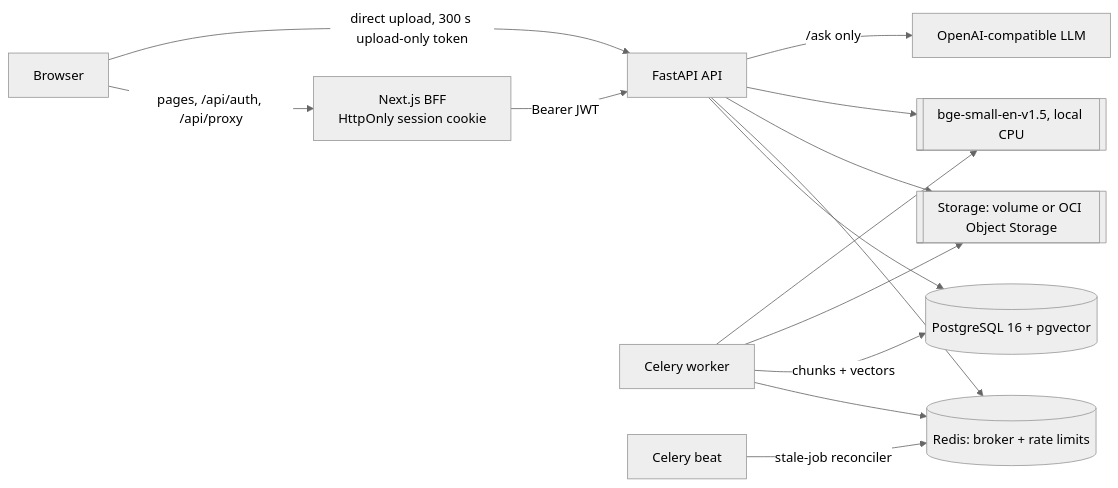
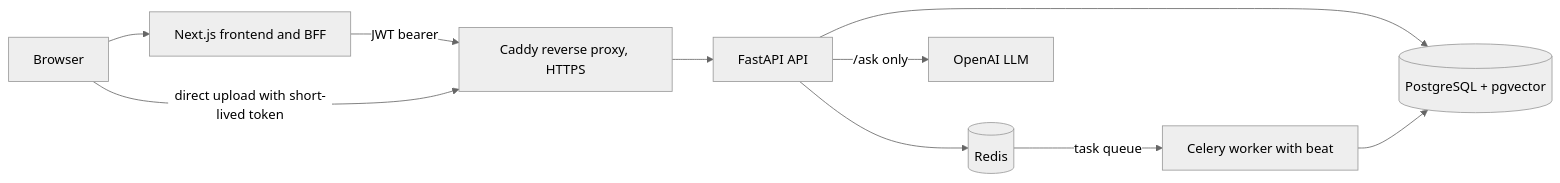
The diagram in README.md (shahil5z/document-intelligence-analysis), drawn with Mermaid (neutral theme) before and after one commit. The commit also changed other lines of this file and 2 other files, not shown here.

````diff
--- a/README.md
+++ b/README.md
@@ -82,16 +47,12 @@
 ```mermaid
 flowchart LR
-    user[Browser] -->|pages, /api/auth, /api/proxy| next[Next.js BFF<br/>HttpOnly session cookie]
-    next -->|Bearer JWT| api[FastAPI API]
-    user -->|direct upload, 300 s upload-only token| api
-    api --> pg[(PostgreSQL 16 + pgvector)]
-    api --> redis[(Redis: broker + rate limits)]
-    api --> files[[Storage: volume or OCI Object Storage]]
-    worker[Celery worker] --> redis
-    worker -->|chunks + vectors| pg
-    worker --> files
-    beat[Celery beat] -->|stale-job reconciler| redis
-    worker --> model[[bge-small-en-v1.5, local CPU]]
-    api --> model
-    api -->|/ask only| llm[OpenAI-compatible LLM]
+    browser[Browser] --> next[Next.js frontend and BFF]
+    next -->|JWT bearer| caddy[Caddy reverse proxy, HTTPS]
+    browser -->|direct upload with short-lived token| caddy
+    caddy --> api[FastAPI API]
+    api --> pg[(PostgreSQL + pgvector)]
+    api --> redis[(Redis)]
+    api -->|/ask only| llm[OpenAI LLM]
+    redis -->|task queue| worker[Celery worker with beat]
+    worker --> pg
 ```
````
